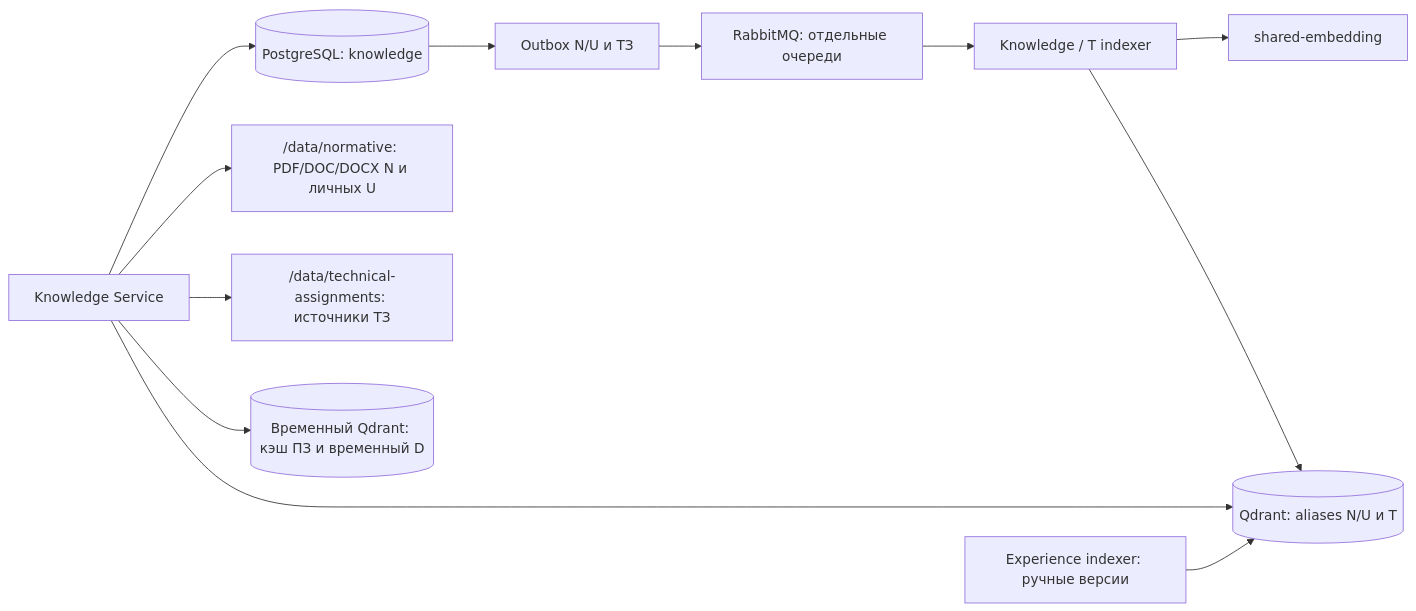
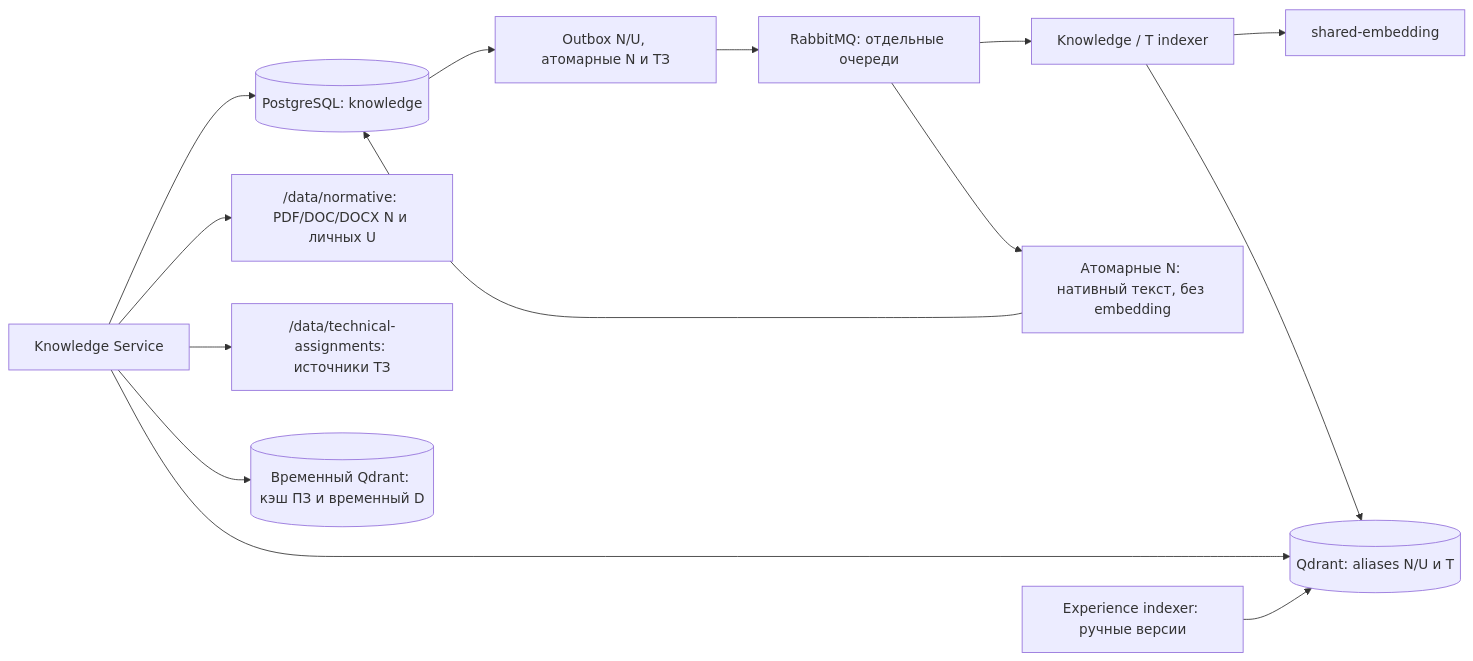
Before and after one commit to Amadu-A/PDRD-validation: diagram 11 of 34 in README.md, drawn with Mermaid. The commit also changed other lines of this file and 41 other files, not shown here.

````diff
--- a/README.md
+++ b/README.md
@@ -509,14 +531,16 @@
 ```mermaid
 flowchart LR
     KS["Knowledge Service"] --> SQL[("PostgreSQL: knowledge")]
     KS --> NFILES["/data/normative: PDF/DOC/DOCX N и личных U"]
     KS --> TFILES["/data/technical-assignments: источники ТЗ"]
-    SQL --> OUT["Outbox N/U и ТЗ"]
+    SQL --> OUT["Outbox N/U, атомарные N и ТЗ"]
     OUT --> QUEUE["RabbitMQ: отдельные очереди"]
     QUEUE --> IDX["Knowledge / T indexer"]
+    QUEUE --> ATOMIC["Атомарные N: нативный текст, без embedding"]
+    ATOMIC --> SQL
     IDX --> EMB["shared-embedding"]
     IDX --> QD[("Qdrant: aliases N/U и T")]
     KS --> QD
     EIDX["Experience indexer: ручные версии"] --> QD
     KS --> TMP[("Временный Qdrant: кэш ПЗ и временный D")]
 ```
````
